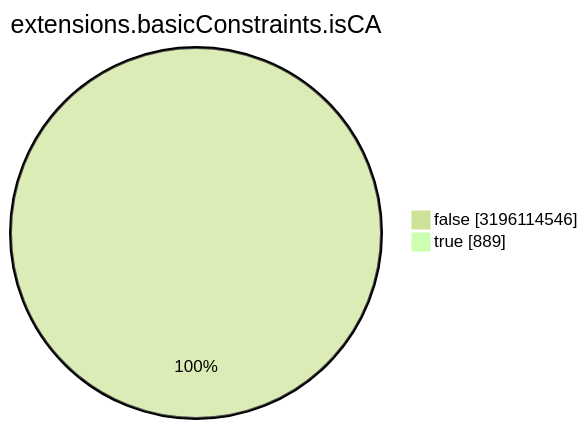
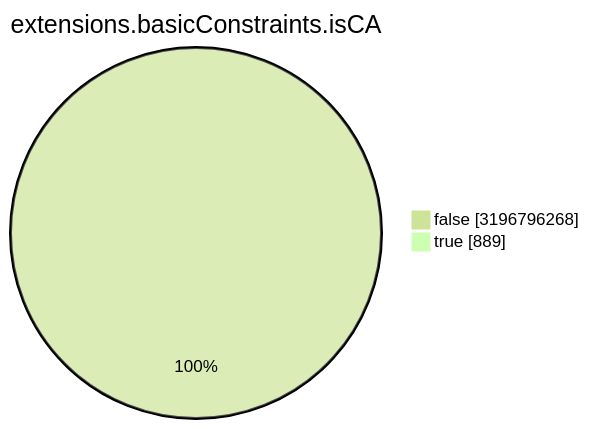
Before and after one commit to christiankrug/ctmonitor_visualization: the seventh of 15 diagrams in TOTAL/README.md, drawn with Mermaid (forest theme). The commit also changed other lines of this file, not shown here.

````diff
--- a/TOTAL/README.md
+++ b/TOTAL/README.md
@@ -3088,6 +3088,6 @@
 ```mermaid
 pie showData
 title extensions.basicConstraints.isCA
-"false" :3196114546
+"false" :3196796268
 "true" :889
 ```
````
